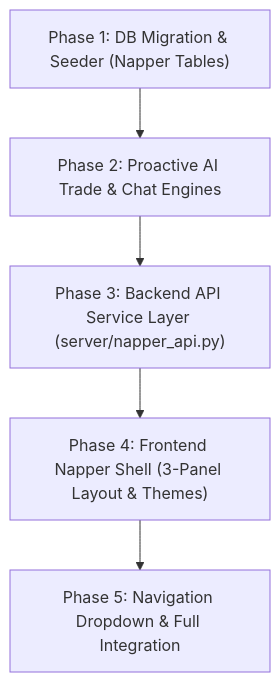
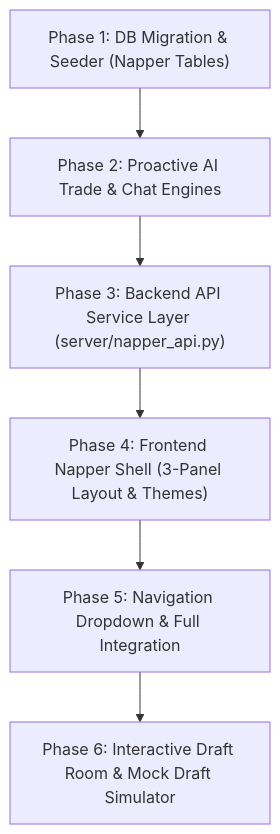
Before and after one commit to jrereyi2000/Project-Mu: the diagram in docs/NAPPER_FANTASY_PLAN.md, drawn with Mermaid. The commit also changed other lines of this file and 1 other file, not shown here.

Commit message:
docs: update Napper plan and spec with interactive draft room and mock drafts

````diff
--- a/docs/NAPPER_FANTASY_PLAN.md
+++ b/docs/NAPPER_FANTASY_PLAN.md
@@ -255,7 +339,8 @@
 ```mermaid
 flowchart TD
     P1["Phase 1: DB Migration & Seeder (Napper Tables)"] --> P2["Phase 2: Proactive AI Trade & Chat Engines"]
     P2 --> P3["Phase 3: Backend API Service Layer (server/napper_api.py)"]
     P3 --> P4["Phase 4: Frontend Napper Shell (3-Panel Layout & Themes)"]
     P4 --> P5["Phase 5: Navigation Dropdown & Full Integration"]
+    P5 --> P6["Phase 6: Interactive Draft Room & Mock Draft Simulator"]
 ```
````
